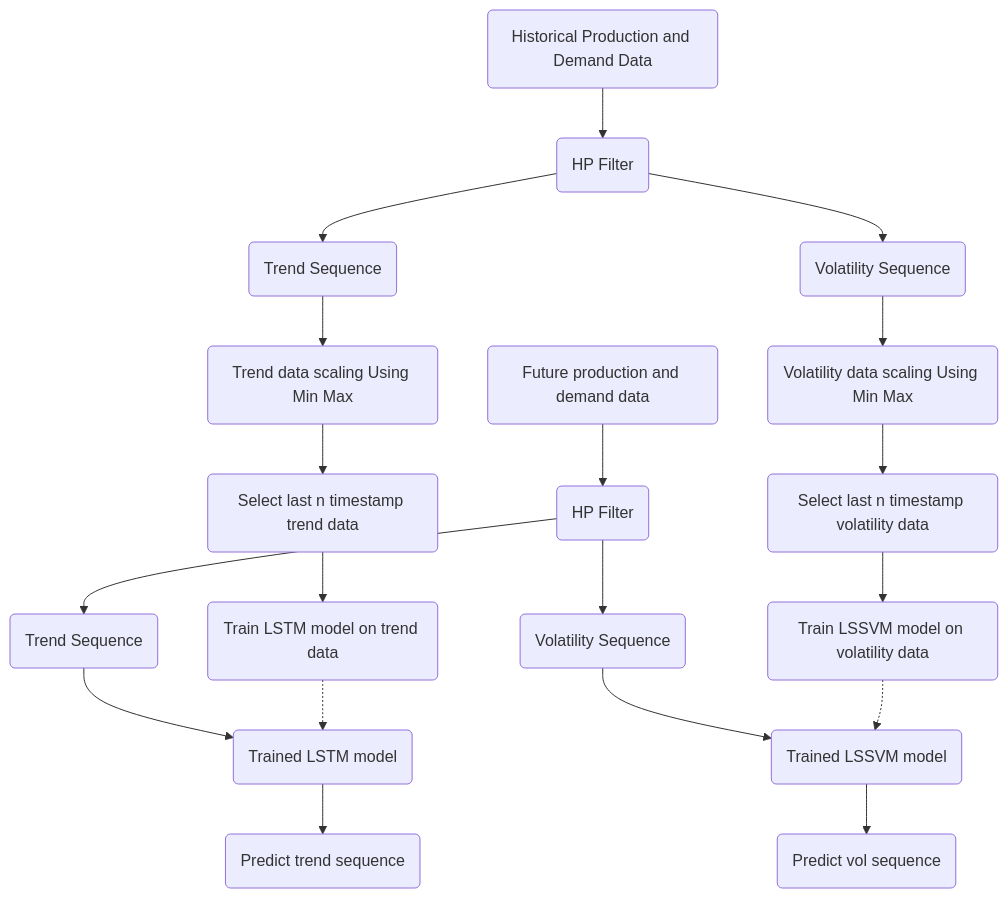
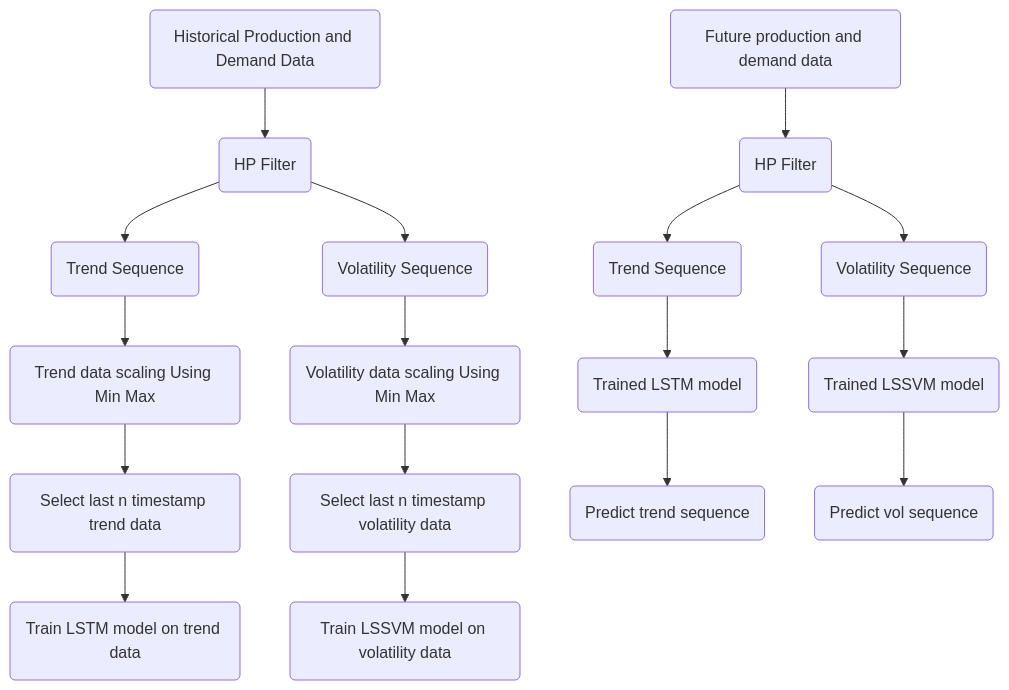
One commit to monojitmandal333/steel-plant-by-product-gas-distribution changed the diagram in README.md. Above: the diagram before and after it, drawn with Mermaid.

Commit message:
readme updated

````diff
--- a/README.md
+++ b/README.md
@@ -12,42 +12,39 @@
 ```mermaid
 flowchart TB;
     hist_data(Historical Production and Demand Data);
     hp_filter_train(HP Filter);
     trend_seq_train(Trend Sequence);
     vol_seq_train(Volatility Sequence);
     feature_engg_trend(Trend data scaling Using Min Max);
     feature_engg_vol(Volatility data scaling Using Min Max);
     feat_selection_trend(Select last n timestamp trend data);
     feat_selection_vol(Select last n timestamp volatility data);
     lstm_model_train(Train LSTM model on trend data);
     lssvm_model_train(Train LSSVM model on volatility data);
     hist_data --> hp_filter_train;
     hp_filter_train --> trend_seq_train;
     hp_filter_train --> vol_seq_train;
     trend_seq_train --> feature_engg_trend;
     vol_seq_train --> feature_engg_vol;
     feature_engg_trend --> feat_selection_trend;
     feature_engg_vol --> feat_selection_vol;
     feat_selection_trend --> lstm_model_train;
     feat_selection_vol --> lssvm_model_train;
 
     future_data(Future production and demand data);
     hp_filter_test(HP Filter);
     trend_seq_test(Trend Sequence);
     vol_seq_test(Volatility Sequence);
     lstm_model_test(Trained LSTM model);
     lssvm_model_test(Trained LSSVM model);
     pred_trend_test(Predict trend sequence);
     pred_vol_test(Predict vol sequence);
 
     future_data --> hp_filter_test;
     hp_filter_test --> trend_seq_test;
     hp_filter_test --> vol_seq_test;
     trend_seq_test --> lstm_model_test;
     vol_seq_test --> lssvm_model_test;
     lstm_model_test --> pred_trend_test;
     lssvm_model_test --> pred_vol_test;
-    
-    lstm_model_train .-> lstm_model_test;
-    lssvm_model_train .-> lssvm_model_test;
 ```
````
